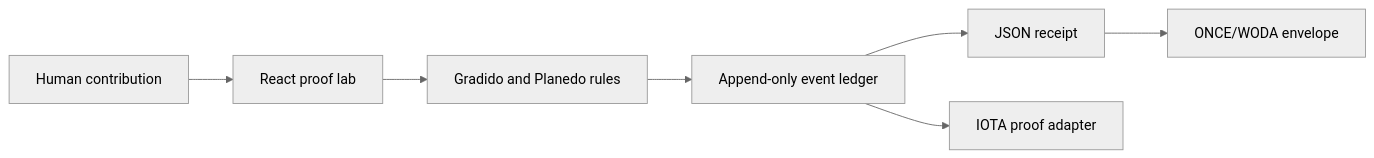
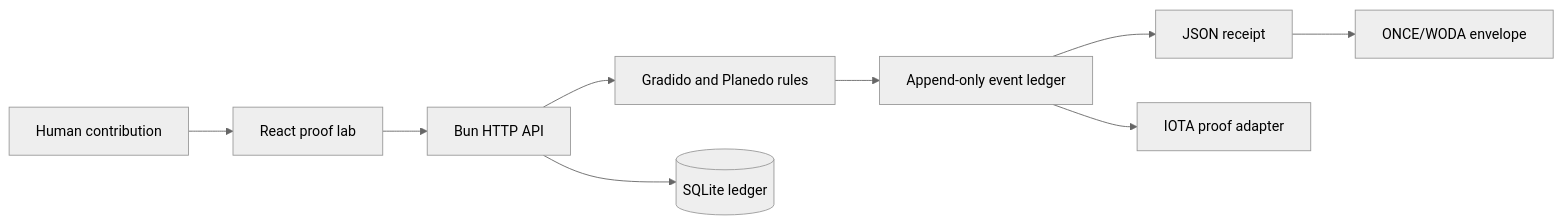
One commit to Supersynergy/aya-neco changed the diagram in README.md. Above: the diagram before and after it, drawn with Mermaid (neutral theme). The commit also changed other lines of this file and 36 other files, not shown here.

Commit message:
feat: add backend api and persistent ledger

````diff
--- a/README.md
+++ b/README.md
@@ -89,9 +92,11 @@
 ```mermaid
 flowchart LR
   User[Human contribution] --> App[React proof lab]
-  App --> Domain[Gradido and Planedo rules]
+  App --> API[Bun HTTP API]
+  API --> Domain[Gradido and Planedo rules]
+  API --> SQLite[(SQLite ledger)]
   Domain --> Ledger[Append-only event ledger]
   Ledger --> Receipt[JSON receipt]
   Ledger --> IOTA[IOTA proof adapter]
   Receipt --> WODA[ONCE/WODA envelope]
 ```
````
